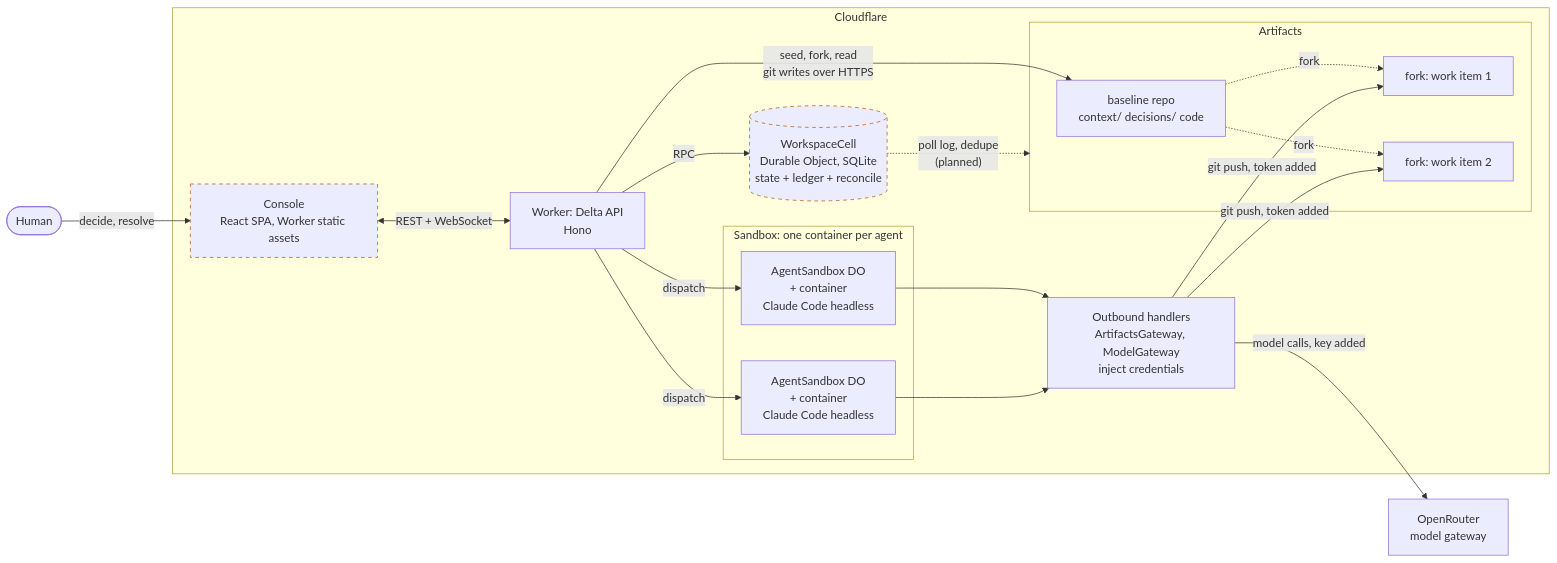
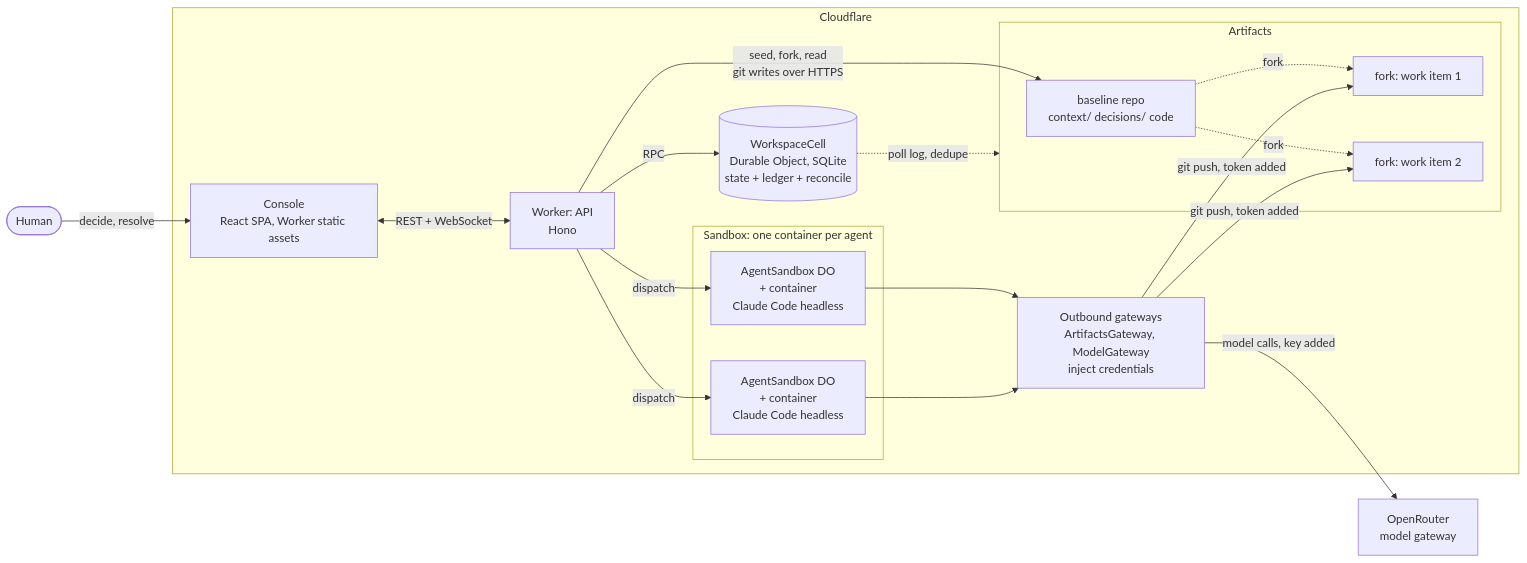
The diagram in README.md (andrewm621/convergence), drawn with Mermaid before and after one commit. The commit also changed other lines of this file, not shown here.

````diff
--- a/README.md
+++ b/README.md
@@ -80,41 +143,39 @@
 ```mermaid
 flowchart LR
   human([Human]) -->|decide, resolve| console
 
   subgraph cf [Cloudflare]
-    console["Console<br/>React SPA, Worker static assets"]:::wip
-    worker["Worker: Delta API<br/>Hono"]
-    cell[("WorkspaceCell<br/>Durable Object, SQLite<br/>state + ledger + reconcile")]:::wip
+    console["Console<br/>React SPA, Worker static assets"]
+    worker["Worker: API<br/>Hono"]
+    cell[("WorkspaceCell<br/>Durable Object, SQLite<br/>state + ledger + reconcile")]
 
     subgraph art [Artifacts]
       base["baseline repo<br/>context/ decisions/ code"]
       fork1["fork: work item 1"]
       fork2["fork: work item 2"]
     end
 
     subgraph sbx [Sandbox: one container per agent]
       agent1["AgentSandbox DO<br/>+ container<br/>Claude Code headless"]
       agent2["AgentSandbox DO<br/>+ container<br/>Claude Code headless"]
     end
 
-    gw["Outbound handlers<br/>ArtifactsGateway, ModelGateway<br/>inject credentials"]
+    gw["Outbound gateways<br/>ArtifactsGateway, ModelGateway<br/>inject credentials"]
   end
 
   openrouter["OpenRouter<br/>model gateway"]
 
   console <-->|"REST + WebSocket"| worker
   worker -->|RPC| cell
   worker -->|"seed, fork, read<br/>git writes over HTTPS"| base
   base -. fork .-> fork1
   base -. fork .-> fork2
-  cell -.->|"poll log, dedupe<br/>(planned)"| art
+  cell -.->|"poll log, dedupe"| art
   worker -->|dispatch| agent1
   worker -->|dispatch| agent2
   agent1 --> gw
   agent2 --> gw
   gw -->|git push, token added| fork1
   gw -->|git push, token added| fork2
   gw -->|"model calls, key added"| openrouter
-
-  classDef wip stroke-dasharray: 5 5,stroke:#b45309;
 ```
````
